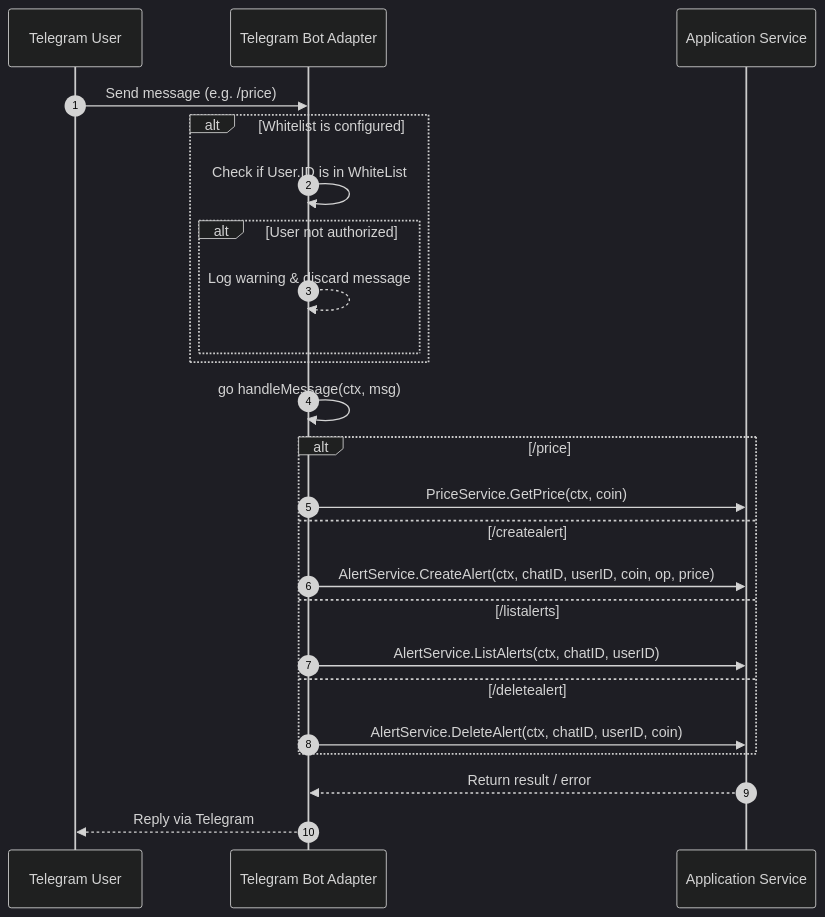
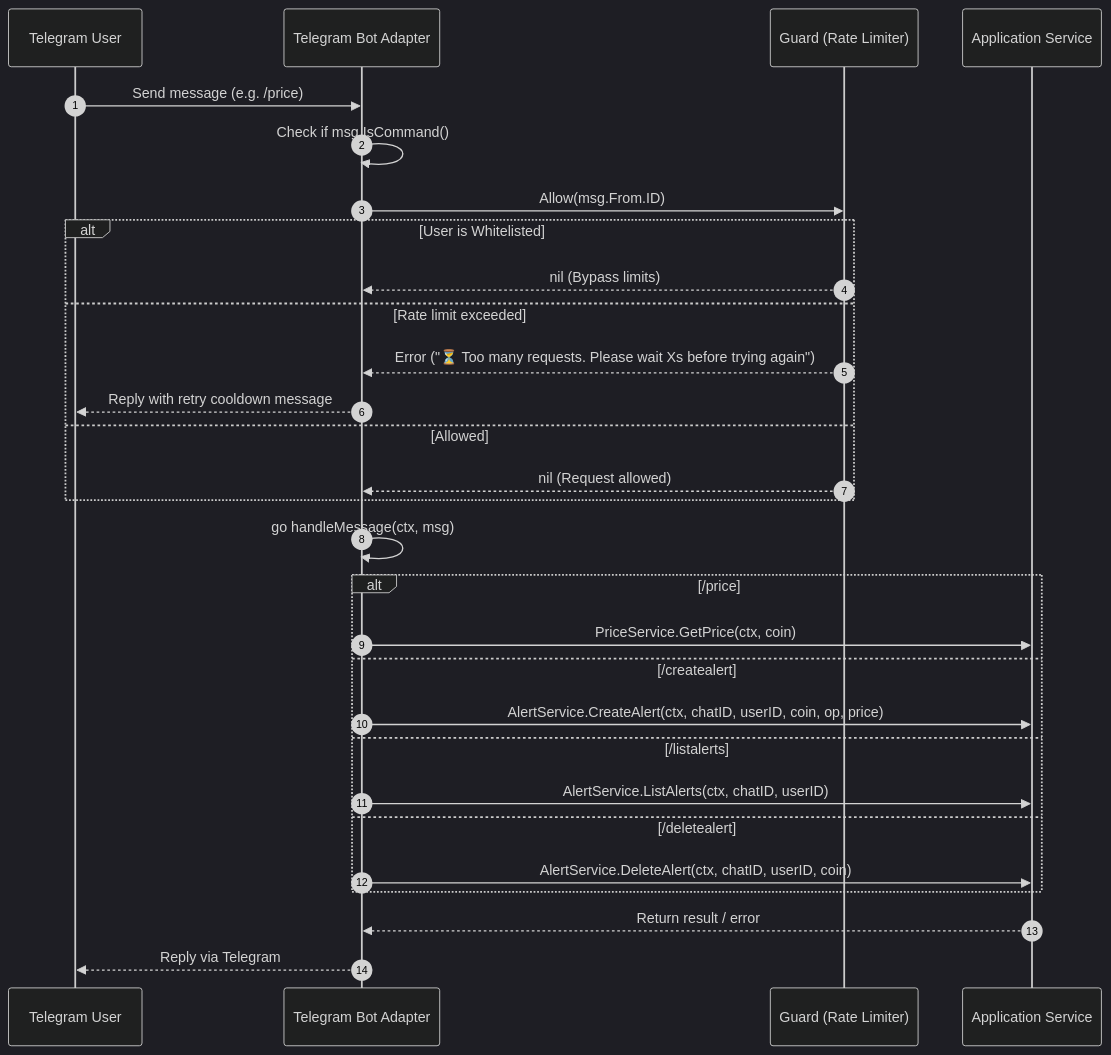
The third of 8 diagrams in README.md (wyveriano/crypto-record-bot), drawn with Mermaid (dark theme) before and after one commit. The commit also changed other lines of this file and 13 other files, not shown here.

Commit message:
feat: add guard rate limiter and per-user alert quota for public deployment

````diff
--- a/README.md
+++ b/README.md
@@ -195,27 +209,32 @@
 ```mermaid
 sequenceDiagram
     autonumber
     participant User as Telegram User
     participant Bot as Telegram Bot Adapter
+    participant Guard as Guard (Rate Limiter)
     participant Service as Application Service
 
     User->>Bot: Send message (e.g. /price)
-    alt Whitelist is configured
-        Bot->>Bot: Check if User.ID is in WhiteList
-        alt User not authorized
-            Bot-->>Bot: Log warning & discard message
-        end
+    Bot->>Bot: Check if msg.IsCommand()
+    Bot->>Guard: Allow(msg.From.ID)
+    alt User is Whitelisted
+        Guard-->>Bot: nil (Bypass limits)
+    else Rate limit exceeded
+        Guard-->>Bot: Error ("⏳ Too many requests. Please wait Xs before trying again")
+        Bot-->>User: Reply with retry cooldown message
+    else Allowed
+        Guard-->>Bot: nil (Request allowed)
     end
     Bot->>Bot: go handleMessage(ctx, msg)
     alt /price
         Bot->>Service: PriceService.GetPrice(ctx, coin)
     else /createalert
         Bot->>Service: AlertService.CreateAlert(ctx, chatID, userID, coin, op, price)
     else /listalerts
         Bot->>Service: AlertService.ListAlerts(ctx, chatID, userID)
     else /deletealert
         Bot->>Service: AlertService.DeleteAlert(ctx, chatID, userID, coin)
     end
     Service-->>Bot: Return result / error
     Bot-->>User: Reply via Telegram
 ```
````
